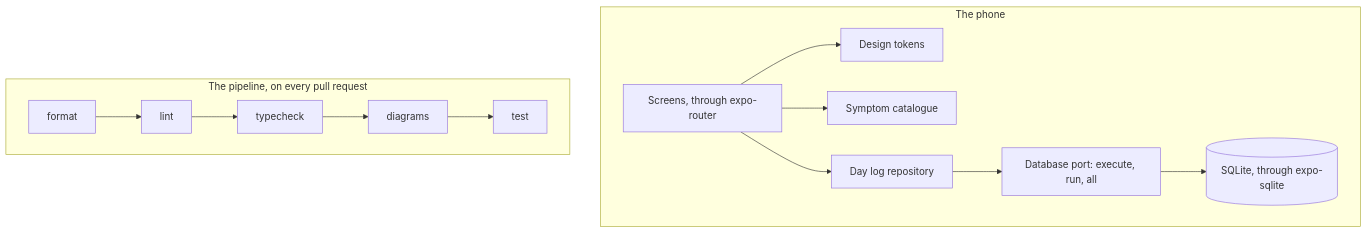
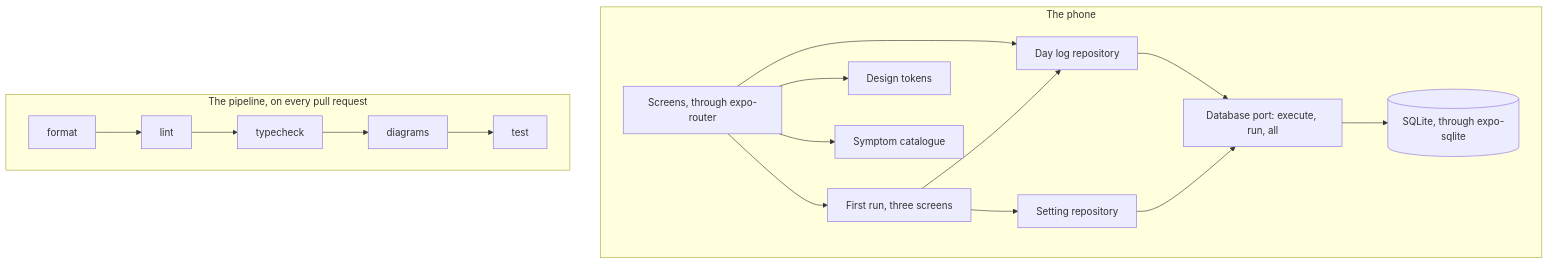
One commit to atlantic-blue/emi changed the first of 2 diagrams in docs/architecture.md. Above: the diagram before and after it, drawn with Mermaid. The commit also changed other lines of this file and 28 other files, not shown here.

Commit message:
EMI: feat: the first run, three screens ending on the home screen

````diff
--- a/docs/architecture.md
+++ b/docs/architecture.md
@@ -32,19 +32,25 @@
 ```mermaid
 flowchart TD
   subgraph Phone["The phone"]
     UI["Screens, through expo-router"]
+    FIRST["First run, three screens"]
     TOK["Design tokens"]
     CAT["Symptom catalogue"]
     DATA["Day log repository"]
+    SET["Setting repository"]
     PORT["Database port: execute, run, all"]
     SQL[("SQLite, through expo-sqlite")]
+    UI --> FIRST
     UI --> TOK
     UI --> CAT
     UI --> DATA
+    FIRST --> DATA
+    FIRST --> SET
     DATA --> PORT
+    SET --> PORT
     PORT --> SQL
   end
   subgraph Pipeline["The pipeline, on every pull request"]
     FMT["format"] --> LINT["lint"] --> TYPE["typecheck"] --> DIAG["diagrams"] --> TEST["test"]
   end
 ```
````
